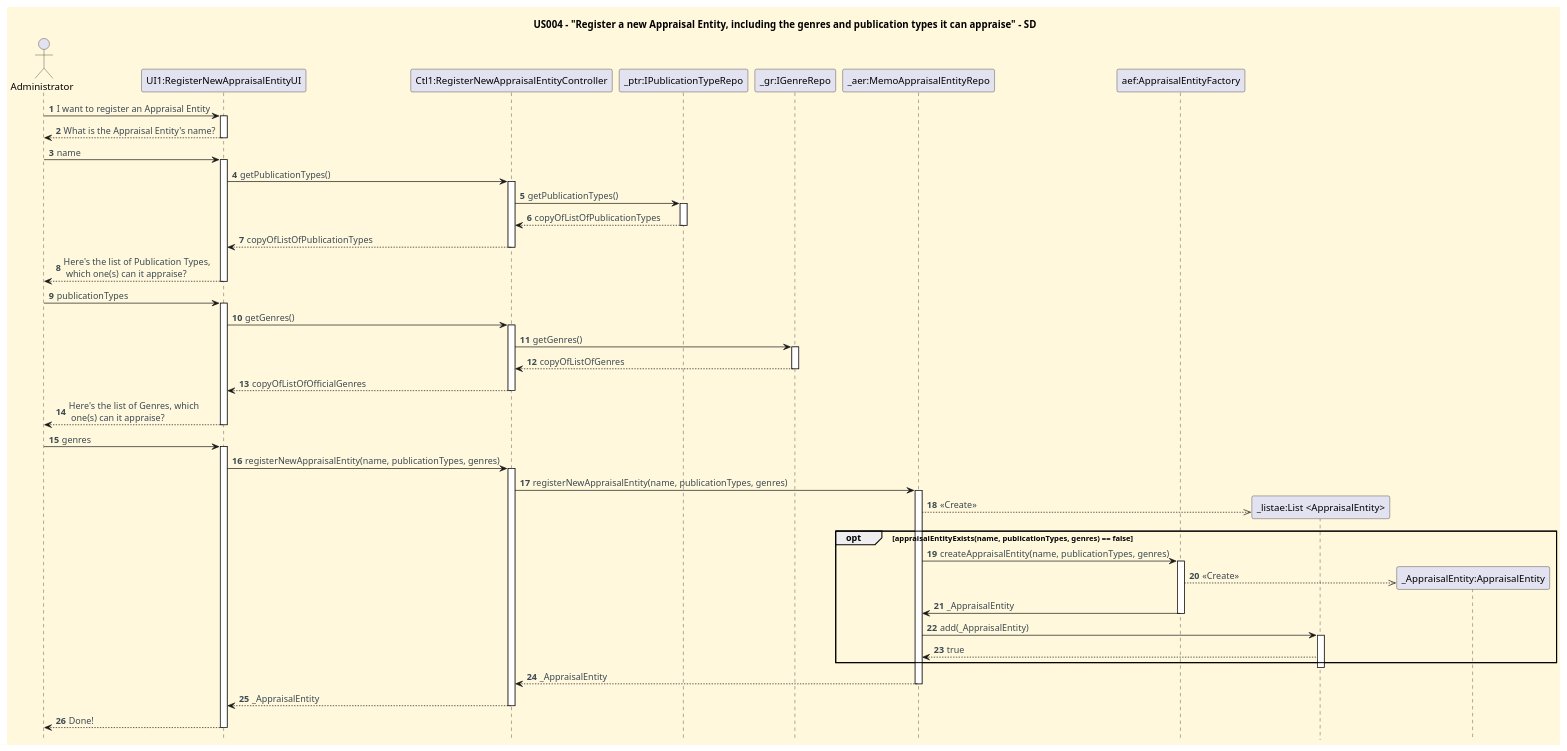
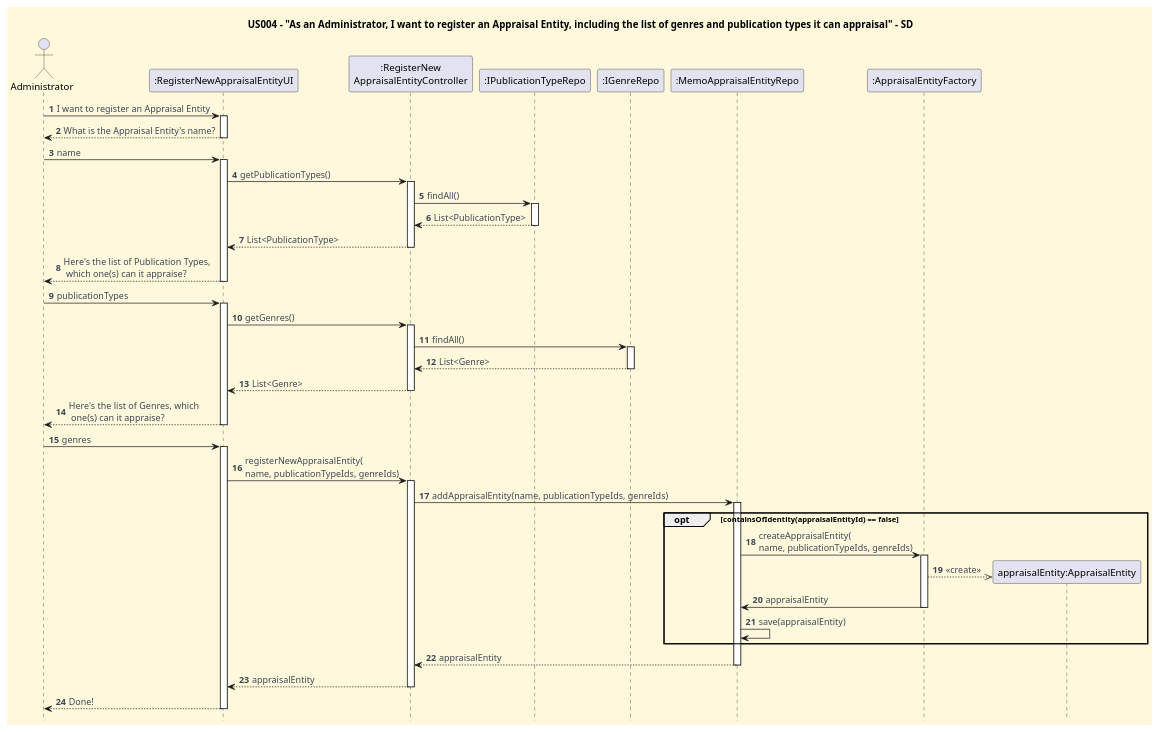
One commit to CarolinaLeite-collab/JavaMarketplacePlatform changed the diagram in docs/user-stories/US004/US004_register_new_appraisal_entity_SD.puml. Above: the diagram before and after it, drawn with PlantUML. The commit also changed 1 other file, not shown here.

Commit message:
docs: update US004 CD and SD Diagrams to comply with DDD refactor -  refs #522

```diff
--- a/docs/user-stories/US004/US004_register_new_appraisal_entity_SD.puml
+++ b/docs/user-stories/US004/US004_register_new_appraisal_entity_SD.puml
@@ -1,89 +1,91 @@
 @startuml
-title US004 - "Register a new Appraisal Entity, including the genres and publication types it can appraise" - SD
-hidefootbox
+'==== Title ====
+title US004 - "As an Administrator, I want to register an Appraisal Entity, including the list of genres and publication types it can appraisal" - SD
+
 
 '==== basic style ====
 skinparam monochrome false
 skinparam shadowing false
 skinparam defaultFontName Futura
 skinparam objectFontSize 20
 skinparam backgroundColor CornSilk
 skinparam objectBackgroundColor WhiteSmoke
 skinparam noteBackgroundColor #FFFFE0
 skinparam ArrowFontColor #3B4953
 skinparam ActivationBackgroundColor black
-
+hidefootbox
 autonumber
 
 
+' ==== Actor and participants ====
 actor Administrator
-participant "UI1:RegisterNewAppraisalEntityUI" as UI
-participant "Ctl1:RegisterNewAppraisalEntityController" as ctl
-participant "_ptr:IPublicationTypeRepo" as ptr
-participant "_gr:IGenreRepo" as grRepo
-participant "_aer:MemoAppraisalEntityRepo" as aeRepo
-participant "aef:AppraisalEntityFactory" as aeFactory
+participant ":RegisterNewAppraisalEntityUI" as UI
+participant ":RegisterNew\nAppraisalEntityController" as CTL
+participant ":IPublicationTypeRepo" as PTR
+participant ":IGenreRepo" as grRepo
+participant ":MemoAppraisalEntityRepo" as aeRepo
+participant ":AppraisalEntityFactory" as Factory
 
+
+'==== UI interaction ====
 Administrator -> UI: I want to register an Appraisal Entity
 activate UI
 UI --> Administrator: What is the Appraisal Entity's name?
 deactivate UI
 Administrator -> UI: name
 activate UI
-UI -> ctl: getPublicationTypes()
-activate ctl
-ctl -> ptr: getPublicationTypes()
-activate ptr
-ptr --> ctl: copyOfListOfPublicationTypes
-deactivate ptr
-ctl --> UI: copyOfListOfPublicationTypes
-deactivate ctl
+
+'==== Use case execution ====
+UI -> CTL: getPublicationTypes()
+activate CTL
+CTL -> PTR: findAll()
+activate PTR
+PTR --> CTL: List<PublicationType>
+deactivate PTR
+CTL --> UI: List<PublicationType>
+deactivate CTL
 
 UI --> Administrator: Here's the list of Publication Types, \n which one(s) can it appraise?
 deactivate UI
 
 Administrator -> UI: publicationTypes
 activate UI
-UI -> ctl: getGenres()
-activate ctl
-ctl -> grRepo: getGenres()
+UI -> CTL: getGenres()
+activate CTL
+CTL -> grRepo: findAll()
 activate grRepo
-grRepo --> ctl: copyOfListOfGenres
+grRepo --> CTL: List<Genre>
 deactivate grRepo
-ctl --> UI: copyOfListOfOfficialGenres
-deactivate ctl
+CTL --> UI: List<Genre>
+deactivate CTL
+
 UI --> Administrator: Here's the list of Genres, which \n one(s) can it appraise?
 deactivate UI
 
 Administrator -> UI: genres
 activate UI
-UI -> ctl: registerNewAppraisalEntity(name, publicationTypes, genres)
-activate ctl
-ctl -> aeRepo: registerNewAppraisalEntity(name, publicationTypes, genres)
+UI -> CTL: registerNewAppraisalEntity(\nname, publicationTypeIds, genreIds)
+activate CTL
+CTL -> aeRepo: addAppraisalEntity(name, publicationTypeIds, genreIds)
 activate aeRepo
-create "_listae:List <AppraisalEntity>"
-aeRepo -->> "_listae:List <AppraisalEntity>": <<Create>>
 
-opt appraisalEntityExists(name, publicationTypes, genres) == false
-        aeRepo -> aeFactory: createAppraisalEntity(name, publicationTypes, genres)
-        create "_AppraisalEntity:AppraisalEntity"
-        activate aeFactory
-        aeFactory -->> "_AppraisalEntity:AppraisalEntity": <<Create>>
-        aeFactory -> aeRepo: _AppraisalEntity
-        deactivate aeFactory
-        aeRepo -> "_listae:List <AppraisalEntity>":add(_AppraisalEntity)
-        activate "_listae:List <AppraisalEntity>"
-        "_listae:List <AppraisalEntity>" --> aeRepo: true
+opt containsOfIdentity(appraisalEntityId) == false
+        aeRepo -> Factory: createAppraisalEntity(\nname, publicationTypeIds, genreIds)
+        create "appraisalEntity:AppraisalEntity"
+        activate Factory
+        Factory -->> "appraisalEntity:AppraisalEntity": <<create>>
+        Factory -> aeRepo: appraisalEntity
+        deactivate Factory
+
+        aeRepo -> aeRepo : save(appraisalEntity)
+
     end
 
-deactivate "_listae:List <AppraisalEntity>"
-aeRepo --> ctl: _AppraisalEntity
+aeRepo --> CTL: appraisalEntity
 deactivate aeRepo
-ctl --> UI: _AppraisalEntity
-deactivate ctl
+CTL --> UI: appraisalEntity
+deactivate CTL
 UI --> Administrator: Done!
 deactivate UI
 
-
-
 @enduml
```
